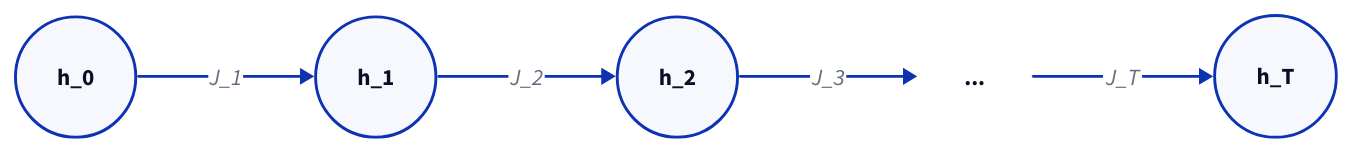
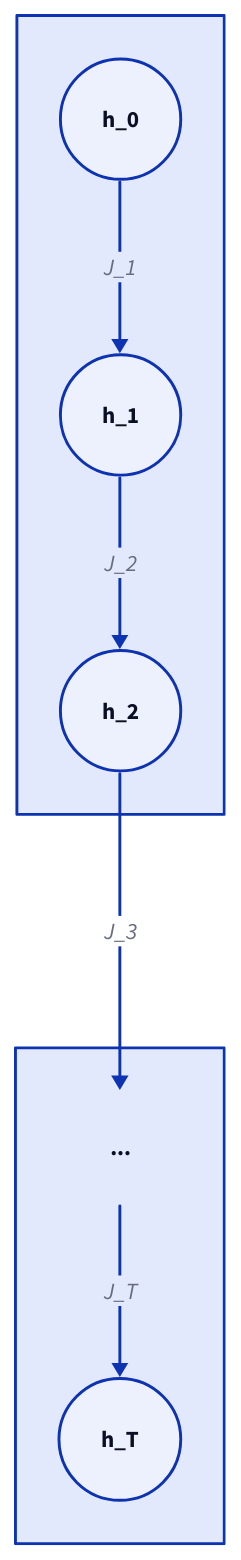
One commit to 111qqz/111qqz.github.io changed the diagram in images/rnn-gradient-jacobian/rnn-state-transition.d2. Above: the diagram before and after it, drawn with D2. The commit also changed 71 other files, not shown here.

Commit message:
feat(diagrams): 处理 40-60% 中危配图，拆分 Overcommit 长链路并统一纵向/分阶段标准 111qqz/hugo-blog@6840c12ec7ae768c5e458013c75df5e0ce0c43e6

```diff
--- a/images/rnn-gradient-jacobian/rnn-state-transition.d2
+++ b/images/rnn-gradient-jacobian/rnn-state-transition.d2
@@ -1,24 +1,33 @@
-direction: right
+direction: down
 
-h0: h_0 {
-  shape: circle
-}
-h1: h_1 {
-  shape: circle
-}
-h2: h_2 {
-  shape: circle
-}
-dots: "..." {
-  shape: circle
-  style.stroke: transparent
-  style.fill: transparent
-}
-hT: h_T {
-  shape: circle
+stage1: {
+  label: ""
+  direction: right
+  h0: h_0 {
+    shape: circle
+  }
+  h1: h_1 {
+    shape: circle
+  }
+  h2: h_2 {
+    shape: circle
+  }
+  h0 -> h1: J_1
+  h1 -> h2: J_2
 }
 
-h0 -> h1: J_1
-h1 -> h2: J_2
-h2 -> dots: J_3
-dots -> hT: J_T
+stage2: {
+  label: ""
+  direction: right
+  dots: "..." {
+    shape: circle
+    style.stroke: transparent
+    style.fill: transparent
+  }
+  hT: h_T {
+    shape: circle
+  }
+  dots -> hT: J_T
+}
+
+stage1.h2 -> stage2.dots: J_3
```
